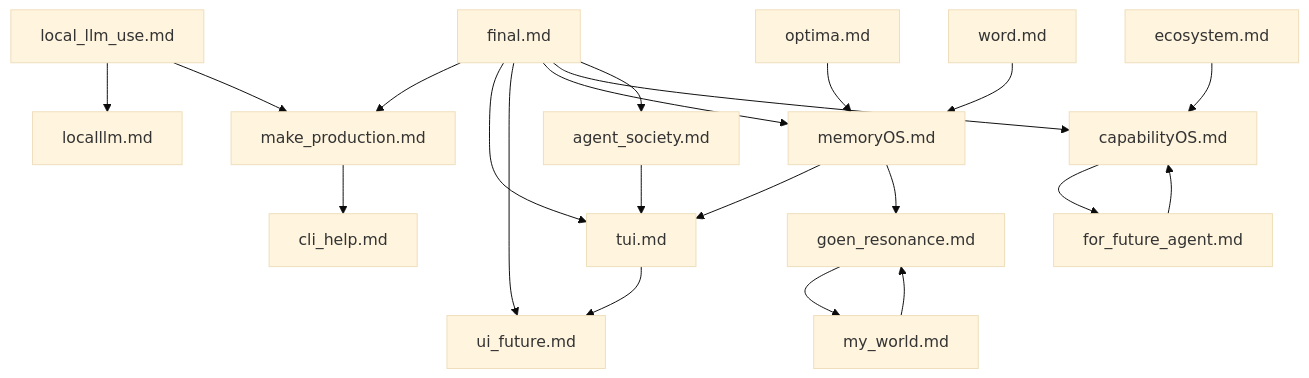
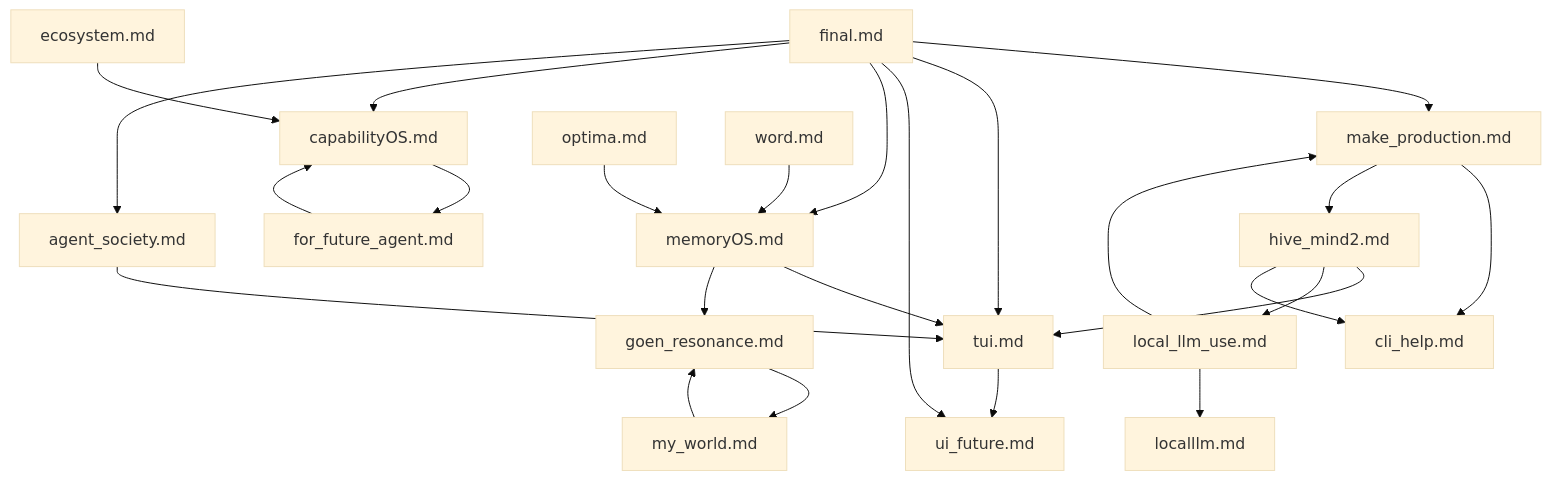
Before and after one commit to cjw0076/hivemind: the diagram in docs/LOWERCASE_SOURCE_GRAPH.md, drawn with Mermaid (base theme). The commit also changed other lines of this file and 37 other files, not shown here.

Commit message:
Harden Hive Mind production harness

````diff
--- a/docs/LOWERCASE_SOURCE_GRAPH.md
+++ b/docs/LOWERCASE_SOURCE_GRAPH.md
@@ -7,40 +7,45 @@
 ```mermaid
 graph TD
   L0[final.md]
   L1[make_production.md]
   L2[tui.md]
   L3[ui_future.md]
   L4[memoryOS.md]
   L5[capabilityOS.md]
   L6[agent_society.md]
   L7[local_llm_use.md]
   L8[localllm.md]
   L9[cli_help.md]
   L10[goen_resonance.md]
   L11[my_world.md]
   L12[ecosystem.md]
   L13[for_future_agent.md]
   L14[optima.md]
   L15[word.md]
+  L16[hive_mind2.md]
 
   L0 --> L1
   L0 --> L2
   L0 --> L3
   L0 --> L4
   L0 --> L5
   L0 --> L6
   L1 --> L9
   L2 --> L3
   L4 --> L2
   L4 --> L10
   L5 --> L13
   L6 --> L2
   L7 --> L8
   L7 --> L1
   L10 --> L11
   L11 --> L10
   L12 --> L5
   L13 --> L5
   L14 --> L4
   L15 --> L4
+  L1 --> L16
+  L16 --> L2
+  L16 --> L7
+  L16 --> L9
 ```
````
